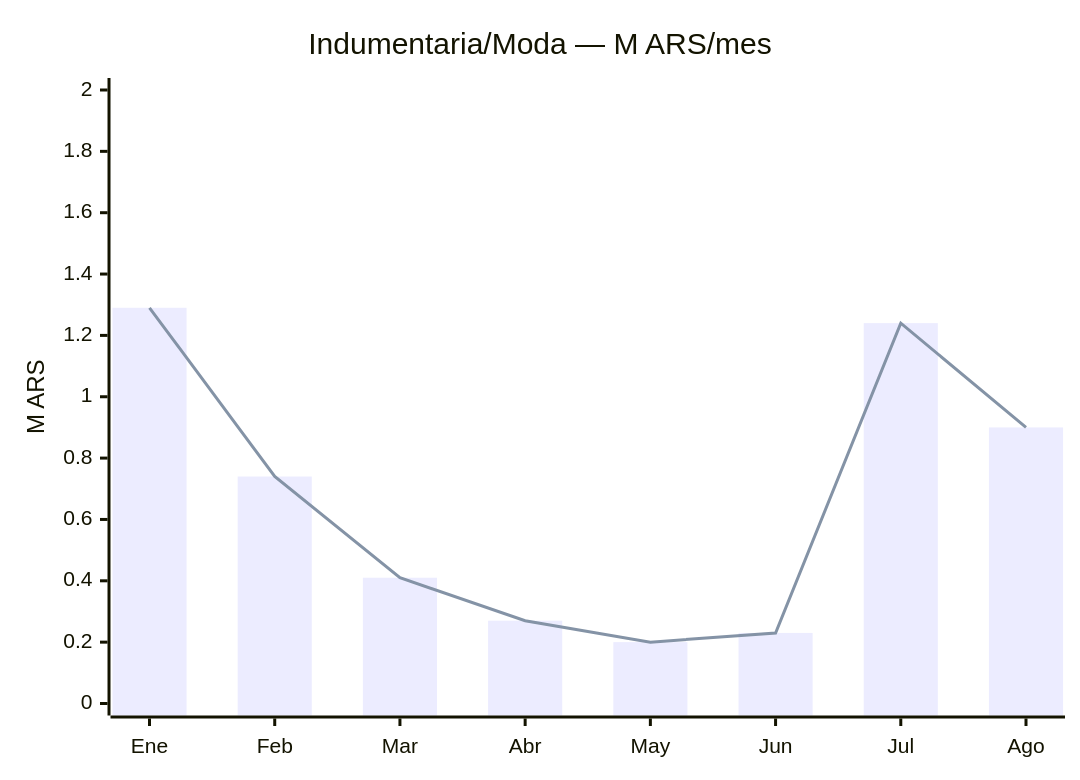
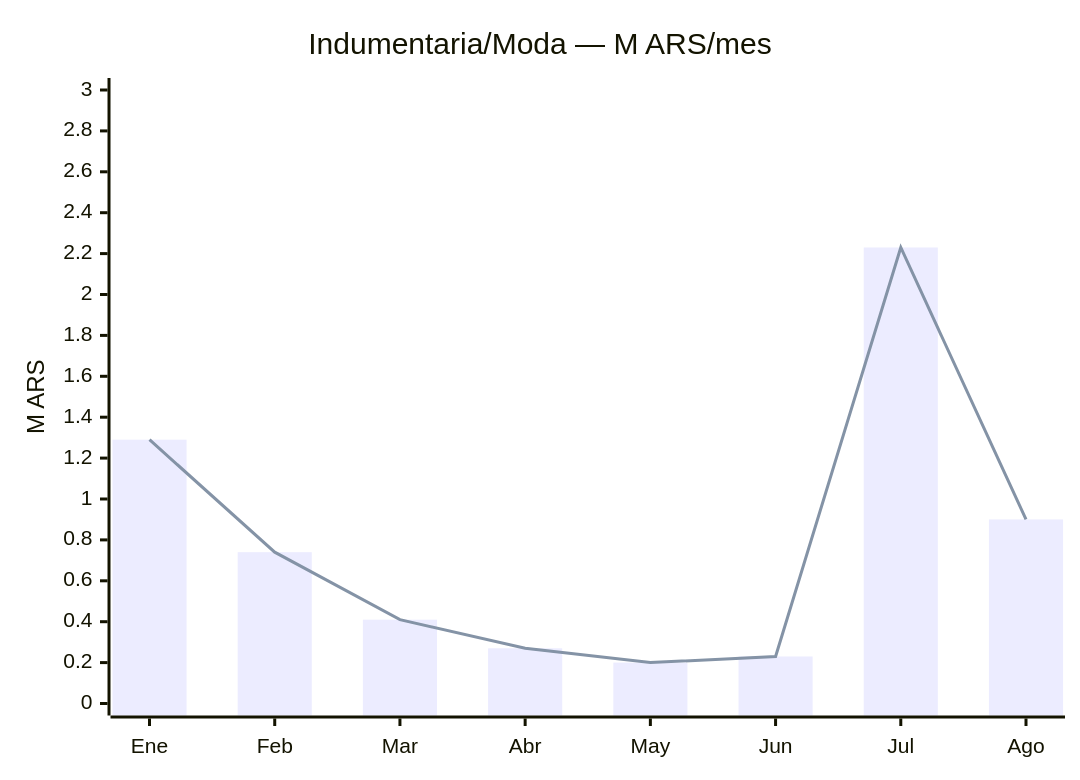
One commit to mercurioctrl/obsidian-hermess changed the eighth of 8 diagrams in Finanzas/Tarjetas/Panorama de Gastos.md. Above: the diagram before and after it, drawn with Mermaid. The commit also changed other lines of this file and 1 other file, not shown here.

````diff
--- a/Finanzas/Tarjetas/Panorama de Gastos.md
+++ b/Finanzas/Tarjetas/Panorama de Gastos.md
@@ -120,8 +136,8 @@
 ```mermaid
 xychart-beta
     title "Indumentaria/Moda — M ARS/mes"
     x-axis [Ene, Feb, Mar, Abr, May, Jun, Jul, Ago]
-    y-axis "M ARS" 0 --> 2
-    bar [1.29, 0.74, 0.41, 0.27, 0.2, 0.23, 1.24, 0.9]
-    line [1.29, 0.74, 0.41, 0.27, 0.2, 0.23, 1.24, 0.9]
+    y-axis "M ARS" 0 --> 3
+    bar [1.29, 0.74, 0.41, 0.27, 0.2, 0.23, 2.23, 0.9]
+    line [1.29, 0.74, 0.41, 0.27, 0.2, 0.23, 2.23, 0.9]
 ```
````
